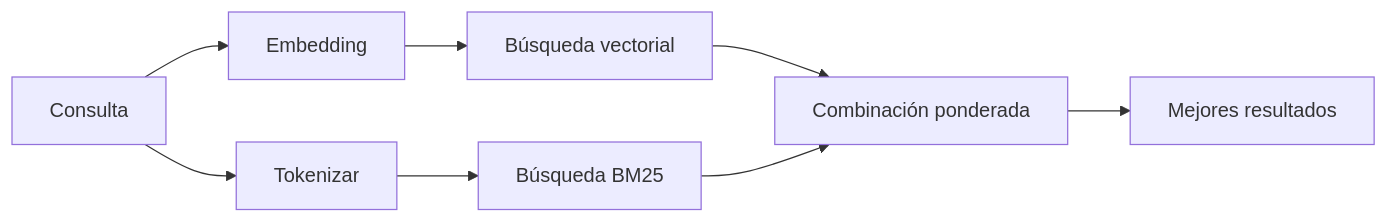
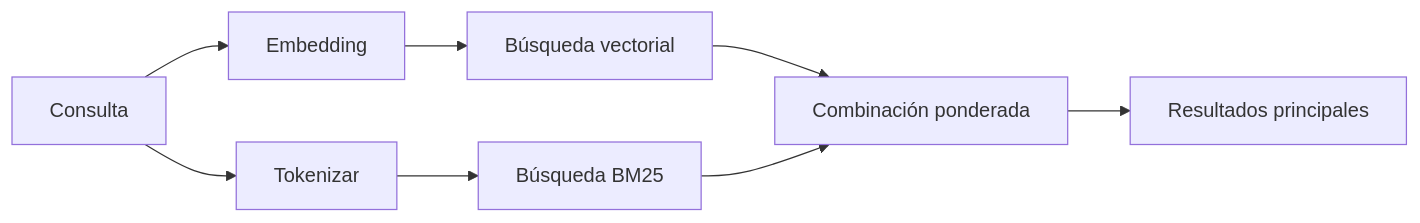
The diagram in docs/es/concepts/memory-search.md (openclaw/docs), drawn with Mermaid before and after one commit. The commit also changed other lines of this file and 1235 other files, not shown here.

````diff
--- a/docs/es/concepts/memory-search.md
+++ b/docs/es/concepts/memory-search.md
@@ -79,10 +79,10 @@
 ```mermaid
 flowchart LR
     Q["Consulta"] --> E["Embedding"]
     Q --> T["Tokenizar"]
     E --> VS["Búsqueda vectorial"]
     T --> BM["Búsqueda BM25"]
     VS --> M["Combinación ponderada"]
     BM --> M
-    M --> R["Mejores resultados"]
+    M --> R["Resultados principales"]
 ```
````
